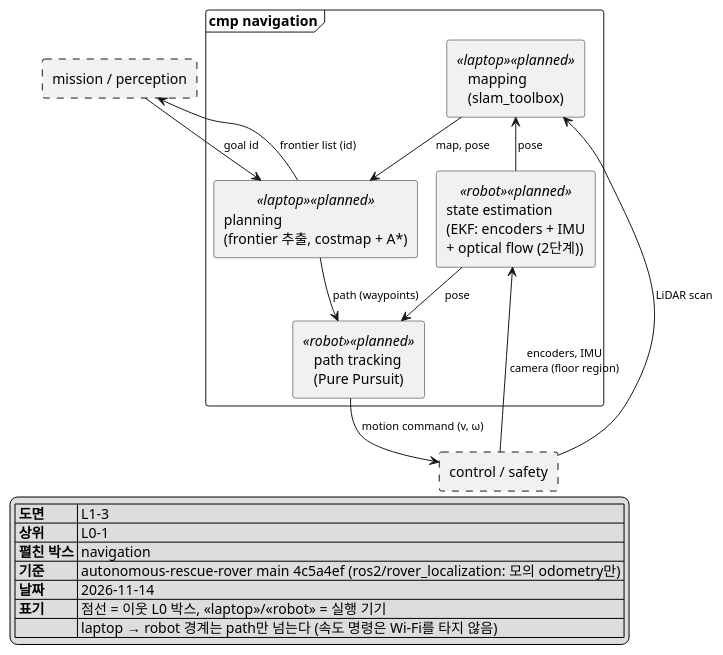
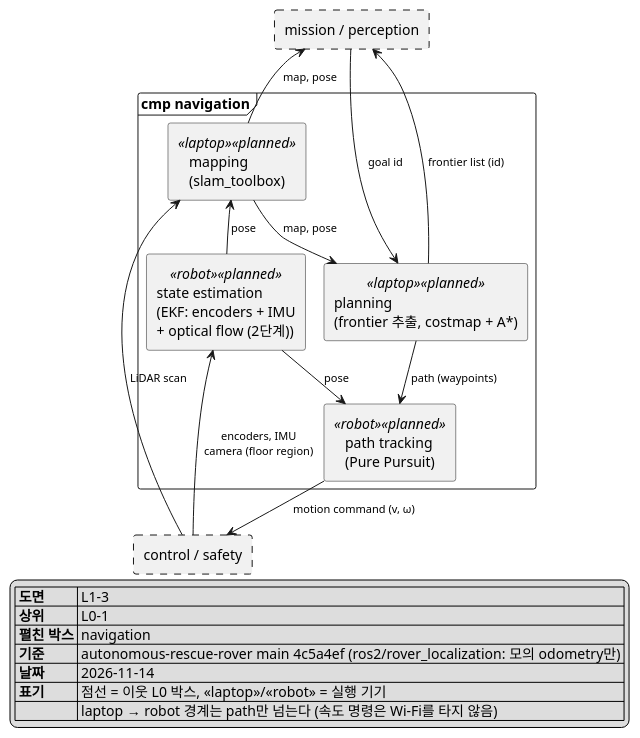
The diagram in docs/architecture/L1-3_navigation.puml (Ruysong/autonomous-rescue-rover), drawn with PlantUML before and after one commit. The commit also changed 8 other files, not shown here.

```diff
--- a/docs/architecture/L1-3_navigation.puml
+++ b/docs/architecture/L1-3_navigation.puml
@@ -1,41 +1,42 @@
 @startuml L1-3_navigation
 !pragma layout smetana
 skinparam monochrome true
 skinparam shadowing false
 skinparam defaultFontName "Malgun Gothic"
 skinparam componentStyle rectangle
 skinparam ArrowFontSize 11
 top to bottom direction
 
 rectangle "mission / perception" as MISSION #line.dashed
 
 frame "cmp navigation" {
   component "mapping\n(slam_toolbox)" <<laptop>> <<planned>> as MAP
   component "planning\n(frontier 추출, costmap + A*)" <<laptop>> <<planned>> as PLAN
   component "state estimation\n(EKF: encoders + IMU\n+ optical flow (2단계))" <<robot>> <<planned>> as EKF
   component "path tracking\n(Pure Pursuit)" <<robot>> <<planned>> as TRACK
 }
 
 rectangle "control / safety" as CONTROL #line.dashed
 
 MISSION --> PLAN : goal id
 PLAN -up-> MISSION : frontier list (id)
+MAP -up-> MISSION : map, pose
 
 CONTROL -up-> EKF : encoders, IMU\ncamera (floor region)
 CONTROL -up-> MAP : LiDAR scan
 EKF -up-> MAP : pose
 MAP --> PLAN : map, pose
 PLAN --> TRACK : path (waypoints)
 EKF --> TRACK : pose
 TRACK --> CONTROL : motion command (v, ω)
 
 legend bottom right
   |= 도면 | L1-3 |
   |= 상위 | L0-1 |
   |= 펼친 박스 | navigation |
   |= 기준 | autonomous-rescue-rover main 4c5a4ef (ros2/rover_localization: 모의 odometry만) |
   |= 날짜 | 2026-11-14 |
   |= 표기 | 점선 = 이웃 L0 박스, <<laptop>>/<<robot>> = 실행 기기 |
   |= | laptop → robot 경계는 path만 넘는다 (속도 명령은 Wi-Fi를 타지 않음) |
 endlegend
 @enduml
```
